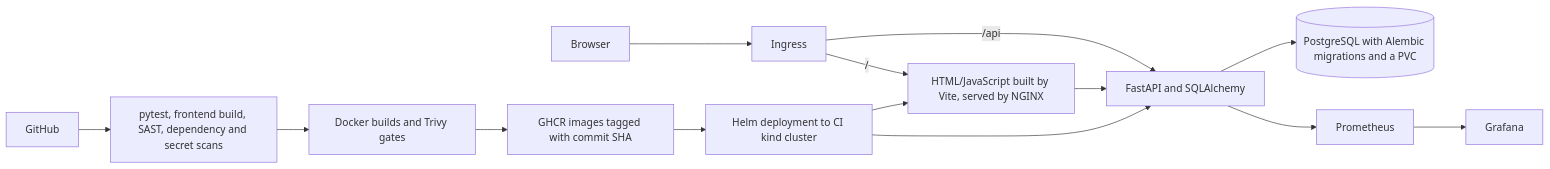
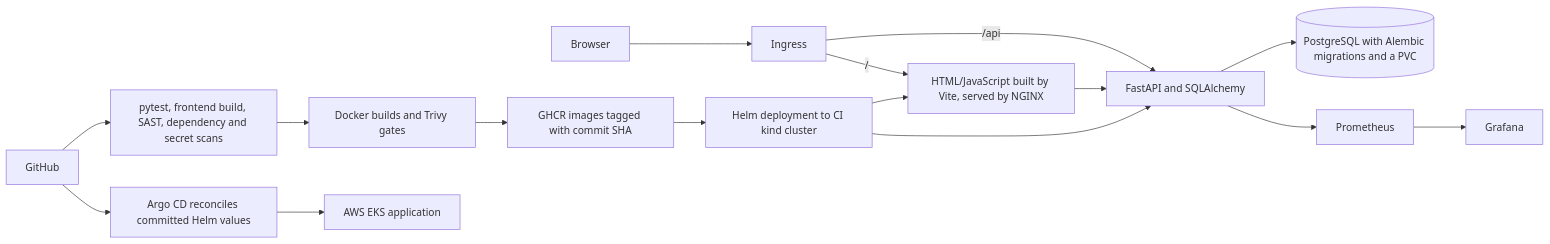
Before and after one commit to rajasurya-rjs/devops-heros: the diagram in final-devops-project/README.md, drawn with Mermaid. The commit also changed other lines of this file and 105 other files, not shown here.

````diff
--- a/final-devops-project/README.md
+++ b/final-devops-project/README.md
@@ -17,15 +17,17 @@
 ```mermaid
 flowchart LR
   Browser --> Ingress
   Ingress -->|/| Frontend[HTML/JavaScript built by Vite, served by NGINX]
   Ingress -->|/api| Backend[FastAPI and SQLAlchemy]
   Frontend --> Backend
   Backend --> PostgreSQL[(PostgreSQL with Alembic migrations and a PVC)]
   GitHub --> Tests[pytest, frontend build, SAST, dependency and secret scans]
   Tests --> Images[Docker builds and Trivy gates]
   Images --> GHCR[GHCR images tagged with commit SHA]
   GHCR --> Helm[Helm deployment to CI kind cluster]
   Helm --> Frontend
   Helm --> Backend
+  GitHub --> ArgoCD[Argo CD reconciles committed Helm values]
+  ArgoCD --> EKS[AWS EKS application]
   Backend --> Prometheus --> Grafana
 ```
````
